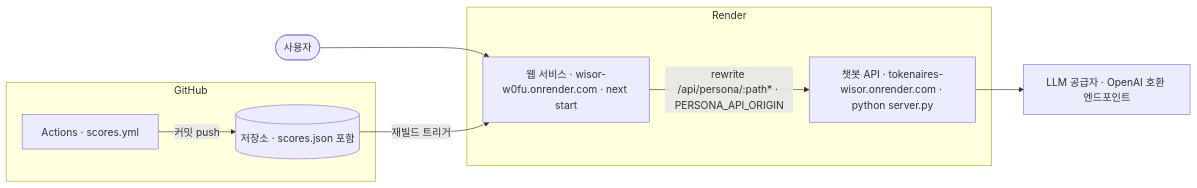
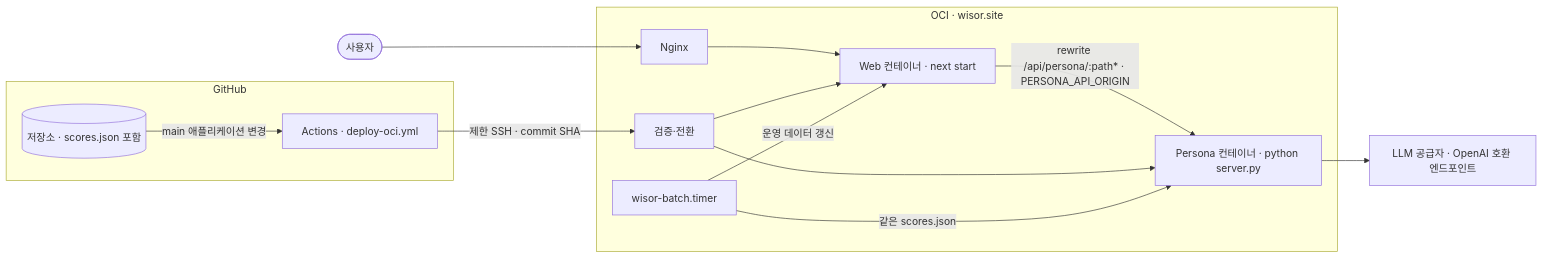
One commit to Tokenaires-hancom/tokenaires_wisor changed the second of 7 diagrams in docs/system-design.md. Above: the diagram before and after it, drawn with Mermaid. The commit also changed other lines of this file and 39 other files, not shown here.

````diff
--- a/docs/system-design.md
+++ b/docs/system-design.md
@@ -99,22 +100,29 @@
 ```mermaid
 flowchart LR
     U(["사용자"])
 
-    subgraph RENDER["Render"]
-        W["웹 서비스 · wisor-w0fu.onrender.com · next start"]
-        P["챗봇 API · tokenaires-wisor.onrender.com · python server.py"]
+    subgraph OCI["OCI · wisor.site"]
+        N["Nginx"]
+        W["Web 컨테이너 · next start"]
+        P["Persona 컨테이너 · python server.py"]
+        B["wisor-batch.timer"]
+        D["검증·전환"]
     end
 
     subgraph GH["GitHub"]
         REPO[("저장소 · scores.json 포함")]
-        ACT["Actions · scores.yml"]
+        ACT["Actions · deploy-oci.yml"]
     end
 
     LLMP["LLM 공급자 · OpenAI 호환 엔드포인트"]
 
-    U --> W
+    U --> N --> W
     W -->|"rewrite /api/persona/:path* · PERSONA_API_ORIGIN"| P
     P --> LLMP
-    ACT -->|"커밋 push"| REPO
-    REPO -->|"재빌드 트리거"| W
+    REPO -->|"main 애플리케이션 변경"| ACT
+    ACT -->|"제한 SSH · commit SHA"| D
+    D --> W
+    D --> P
+    B -->|"운영 데이터 갱신"| W
+    B -->|"같은 scores.json"| P
 ```
````
